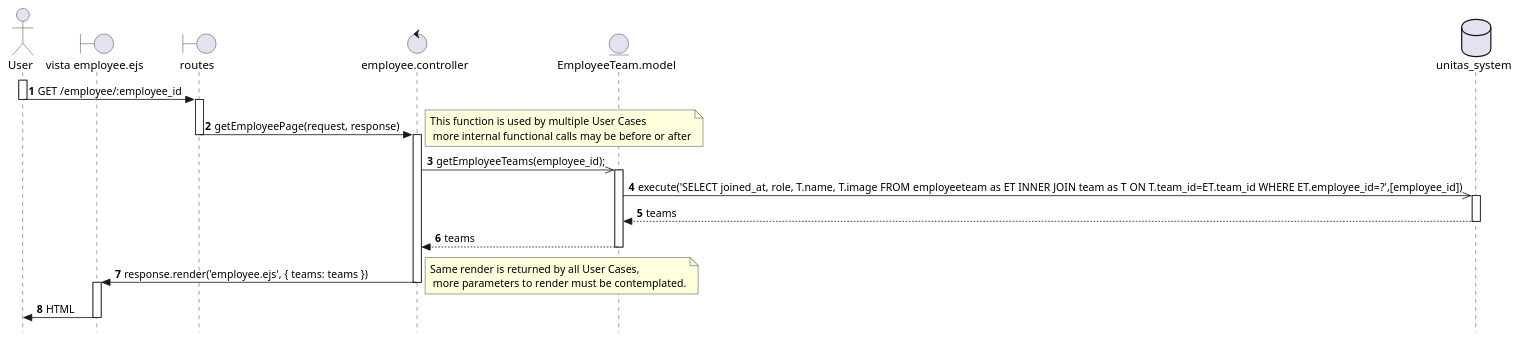
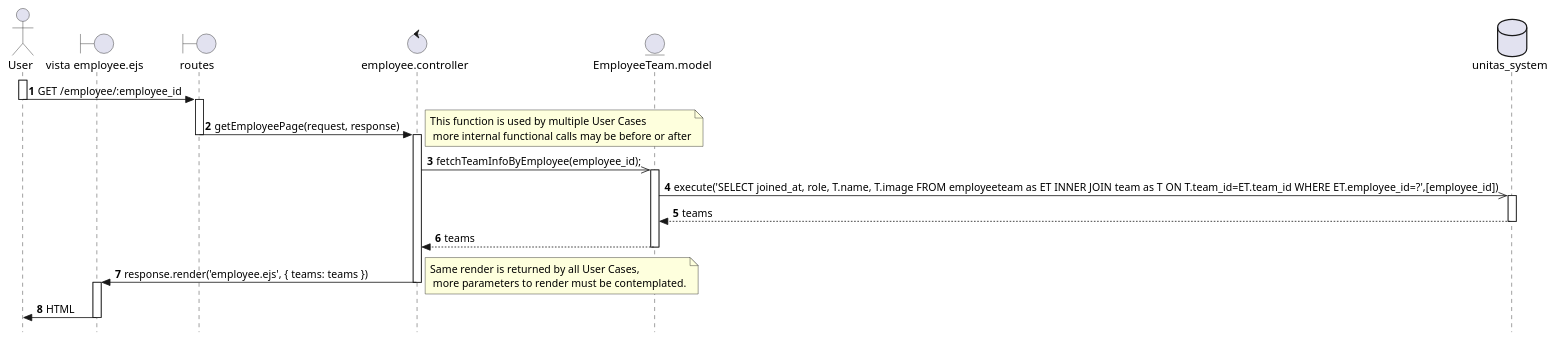
One commit to Berthou05/LimboSoftwareDevelopment_Change.org changed the diagram in documentation/sequence_diagrams/EMP-02-SD.puml. Above: the diagram before and after it, drawn with PlantUML. The commit also changed 12 other files, not shown here.

Commit message:
[FEAT]: Addition of team information obtention from Employee page (EMP-02). Correction of adding return to renders in controllers. Modification of EmployeeTeam model.

```diff
--- a/documentation/sequence_diagrams/EMP-02-SD.puml
+++ b/documentation/sequence_diagrams/EMP-02-SD.puml
@@ -1,35 +1,35 @@
 @startuml
 skinparam style strictuml
 
 actor User as U
 boundary "vista employee.ejs" as V
 boundary "routes" as RO
 control "employee.controller" as C
 entity "EmployeeTeam.model" as ET
 database "unitas_system" as BD
 autonumber
 
 activate U
 U->RO: GET /employee/:employee_id
 deactivate U
     activate RO
     RO -> C: getEmployeePage(request, response)
     deactivate RO
         activate C
         note right: This function is used by multiple User Cases\n more internal functional calls may be before or after
-        C->>ET: getEmployeeTeams(employee_id);
+        C->>ET: fetchTeamInfoByEmployee(employee_id);
             activate ET
             ET->>BD: execute('SELECT joined_at, role, T.name, T.image FROM employeeteam as ET INNER JOIN team as T ON T.team_id=ET.team_id WHERE ET.employee_id=?',[employee_id])
                 activate BD
                 BD-->ET: teams
                 deactivate BD
             ET-->C: teams
             deactivate ET
         C->V: response.render('employee.ejs', { teams: teams })
         note right: Same render is returned by all User Cases, \n more parameters to render must be contemplated.
         deactivate C
     activate V
     V->U: HTML
     deactivate V
 
 @enduml
```
